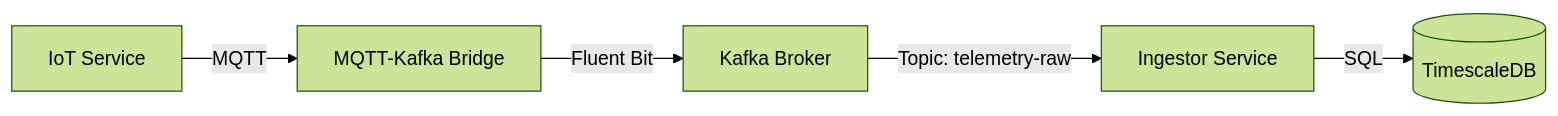
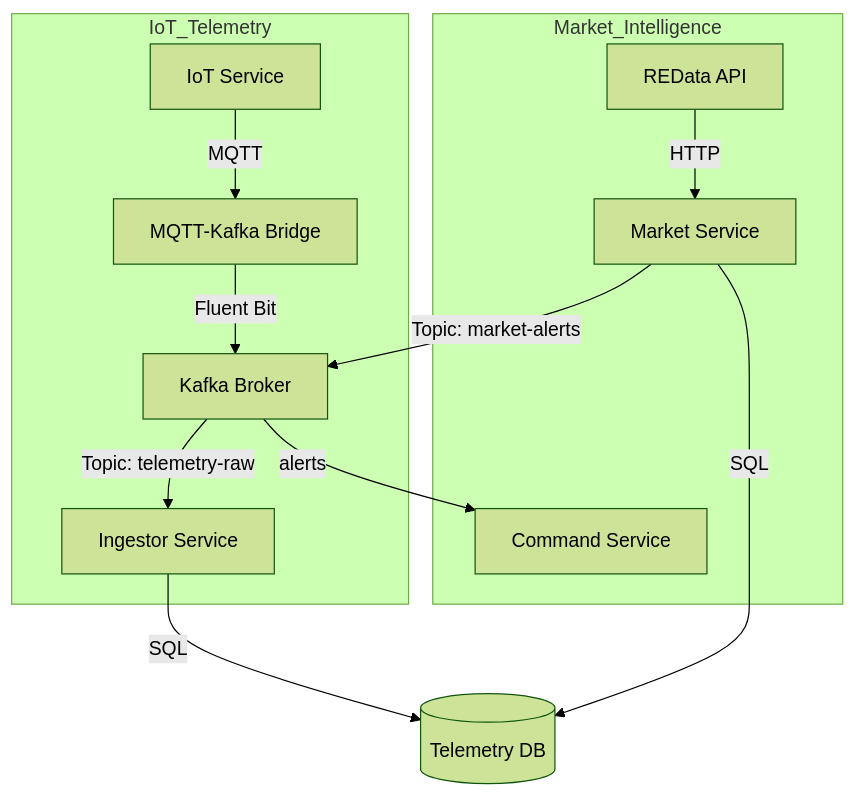
The diagram in doc/data_flow_architecture.md (TempooDev/EMMA), drawn with Mermaid (forest theme) before and after one commit. The commit also changed other lines of this file, not shown here.

Commit message:
docs: Add market intelligence services and their data flow to the architecture diagram and component descriptions.

````diff
--- a/doc/data_flow_architecture.md
+++ b/doc/data_flow_architecture.md
@@ -7,7 +7,17 @@
 ```mermaid
-graph LR
-    IoT[IoT Service] -- MQTT --> Bridge[MQTT-Kafka Bridge]
-    Bridge -- "Fluent Bit" --> Kafka[Kafka Broker]
-    Kafka -- "Topic: telemetry-raw" --> Ingestor[Ingestor Service]
-    Ingestor -- SQL --> DB[(TimescaleDB)]
+graph TD
+    subgraph IoT_Telemetry
+        IoT[IoT Service] -- MQTT --> Bridge[MQTT-Kafka Bridge]
+        Bridge -- "Fluent Bit" --> Kafka[Kafka Broker]
+        Kafka -- "Topic: telemetry-raw" --> Ingestor[Ingestor Service]
+    end
+
+    subgraph Market_Intelligence
+        REData[REData API] -- HTTP --> MarketSvc[Market Service]
+        MarketSvc -- "Topic: market-alerts" --> Kafka
+        Kafka -- "alerts" --> CommandSvc[Command Service]
+    end
+
+    Ingestor -- SQL --> DB[(Telemetry DB)]
+    MarketSvc -- SQL --> DB
 ```
````
